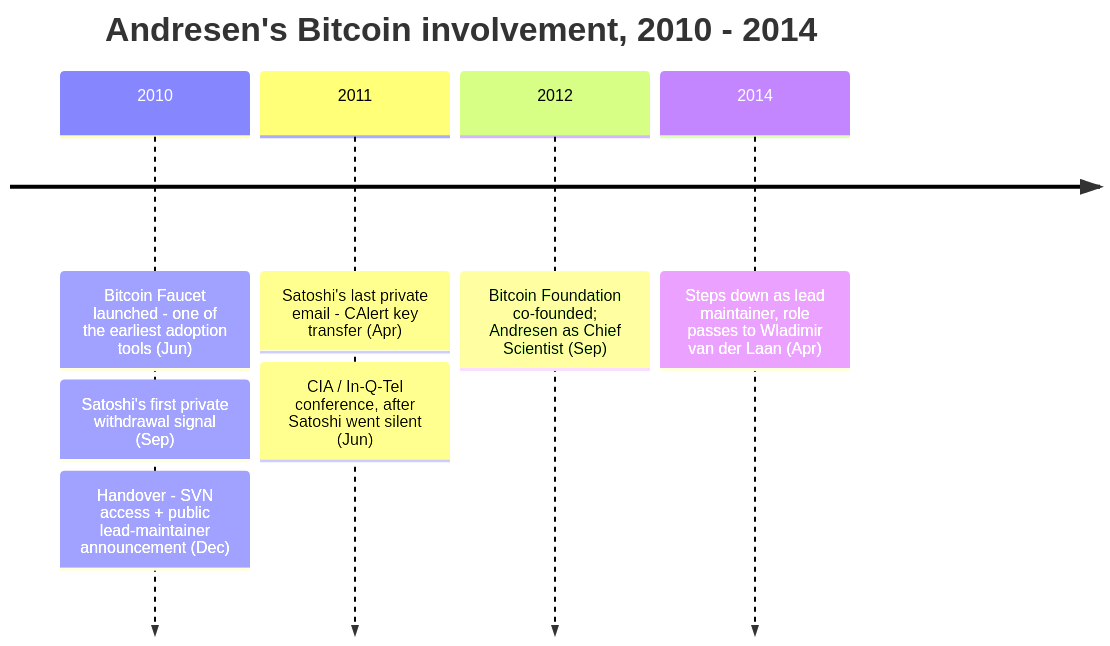
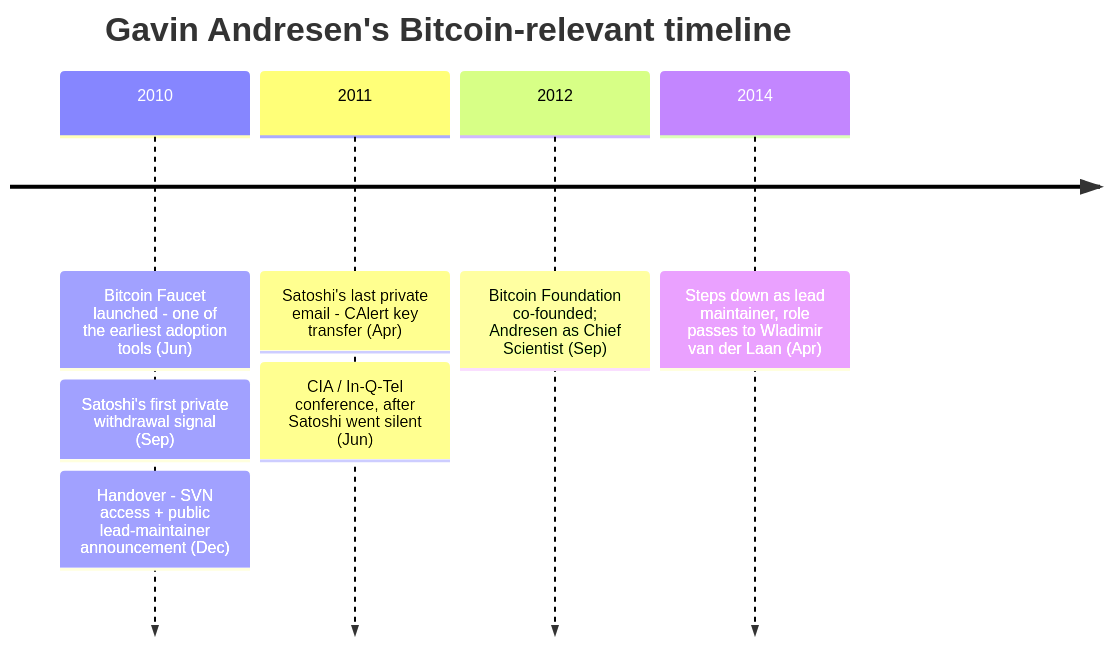
Before and after one commit to cypher256/BitcoinArchive: the diagram in src/data/entries/en/aftermath/2010-06-11-gavin-andresen-biography.md, drawn with Mermaid. The commit also changed 104 other files, not shown here.

````diff
--- a/src/data/entries/en/aftermath/2010-06-11-gavin-andresen-biography.md
+++ b/src/data/entries/en/aftermath/2010-06-11-gavin-andresen-biography.md
@@ -57,11 +57,11 @@
 ```mermaid
 timeline
-    title Andresen's Bitcoin involvement, 2010 - 2014
+    title Gavin Andresen's Bitcoin-relevant timeline
     2010 : Bitcoin Faucet launched - one of the earliest adoption tools (Jun)
          : Satoshi's first private withdrawal signal (Sep)
          : Handover - SVN access + public lead-maintainer announcement (Dec)
     2011 : Satoshi's last private email - CAlert key transfer (Apr)
          : CIA / In-Q-Tel conference, after Satoshi went silent (Jun)
     2012 : Bitcoin Foundation co-founded; Andresen as Chief Scientist (Sep)
     2014 : Steps down as lead maintainer, role passes to Wladimir van der Laan (Apr)
 ```
````
